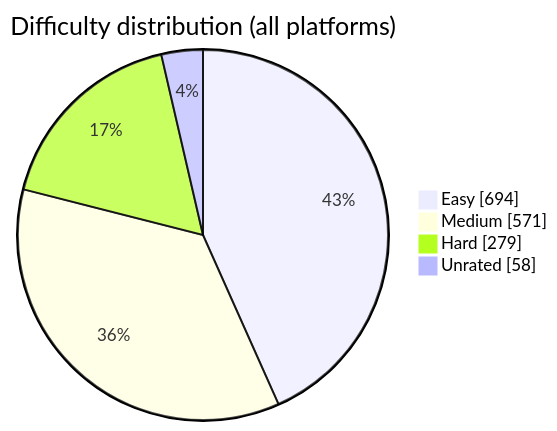
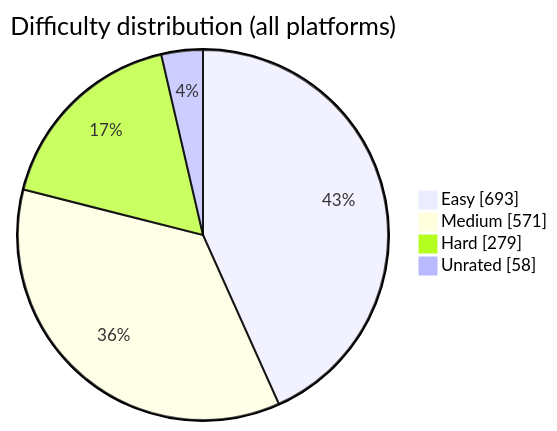
The diagram in README.md (BuildbyArindam/Daily-Coding-Log), drawn with Mermaid before and after one commit. The commit also changed other lines of this file, not shown here.

````diff
--- a/README.md
+++ b/README.md
@@ -93,7 +93,7 @@
 ```mermaid
 pie showData title Difficulty distribution (all platforms)
-    "Easy" : 694
+    "Easy" : 693
     "Medium" : 571
     "Hard" : 279
     "Unrated" : 58
 ```
````
